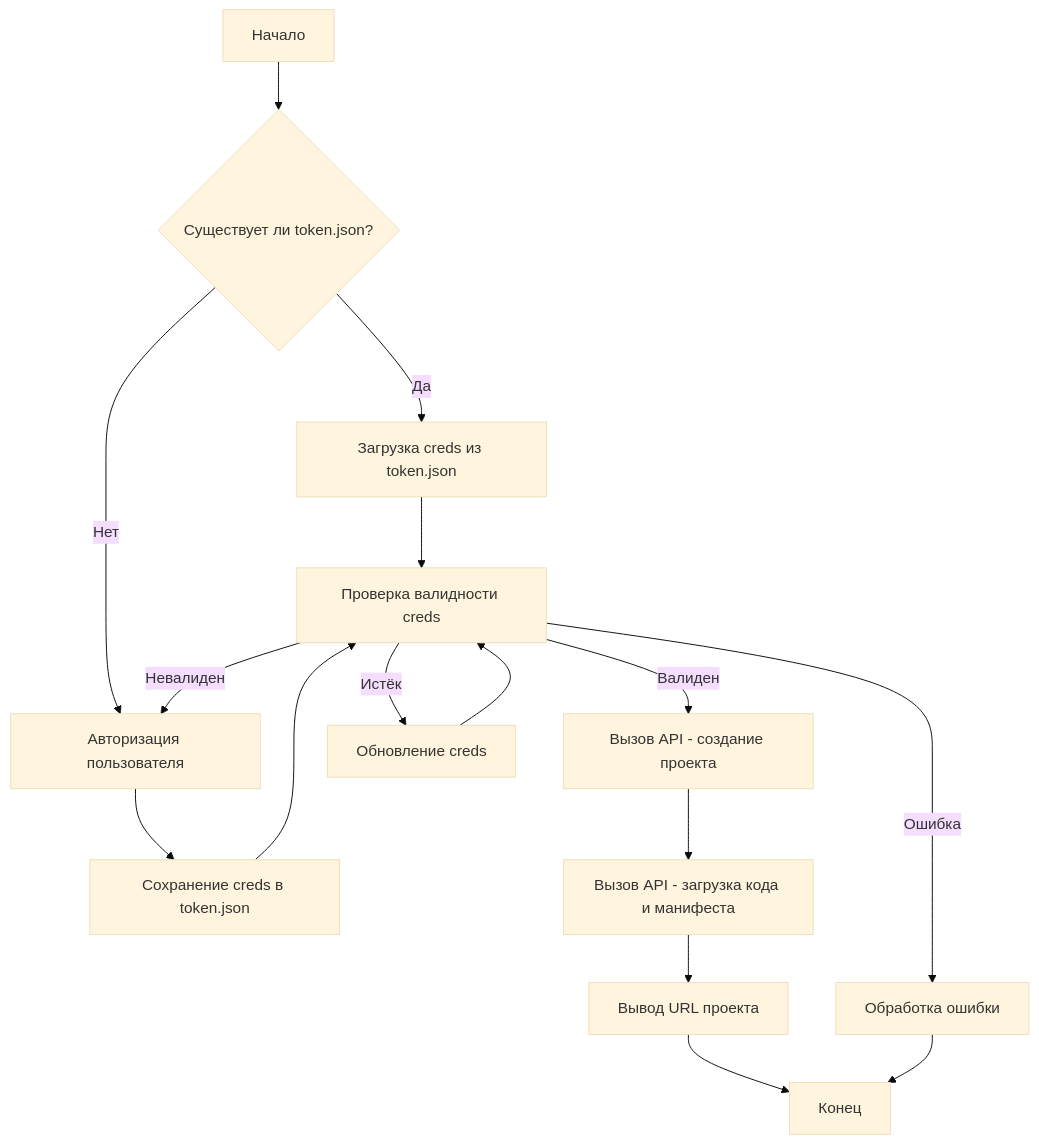
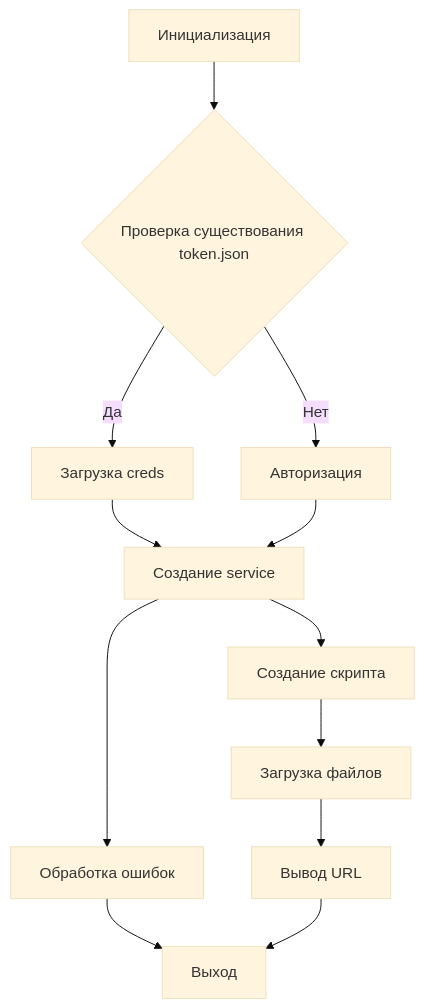
The diagram in docs/gemini/ru/explainer/src/goog/quickstart.md (hypo69/hypo), drawn with Mermaid (base theme) before and after one commit. The commit also changed other lines of this file and 877 other files, not shown here.

````diff
--- a/docs/gemini/ru/explainer/src/goog/quickstart.md
+++ b/docs/gemini/ru/explainer/src/goog/quickstart.md
@@ -142,18 +138,14 @@
 ```mermaid
 graph TD
-    A[Начало] --> B{Существует ли token.json?};
-    B -- Да --> C[Загрузка creds из token.json];
-    B -- Нет --> D[Авторизация пользователя];
-    C --> E[Проверка валидности creds];
-    E -- Валиден --> F[Вызов API - создание проекта];
-    E -- Невалиден --> D;
-    D --> G[Сохранение creds в token.json];
-    G --> E;
-    F --> H[Вызов API - загрузка кода и манифеста];
-    H --> I[Вывод URL проекта];
-    I --> J[Конец];
-    E -- Истёк --> K[Обновление creds];
-    K --> E;
-    E -- Ошибка --> L[Обработка ошибки];
-    L --> J
+    A[Инициализация] --> B{Проверка существования token.json};
+    B -- Да --> C[Загрузка creds];
+    B -- Нет --> D[Авторизация];
+    C --> E[Создание service];
+    D --> E;
+    E --> F[Создание скрипта];
+    F --> G[Загрузка файлов];
+    G --> H[Вывод URL];
+    E --> I[Обработка ошибок];
+    I --> J[Выход];
+    H --> J;
 ```
````
